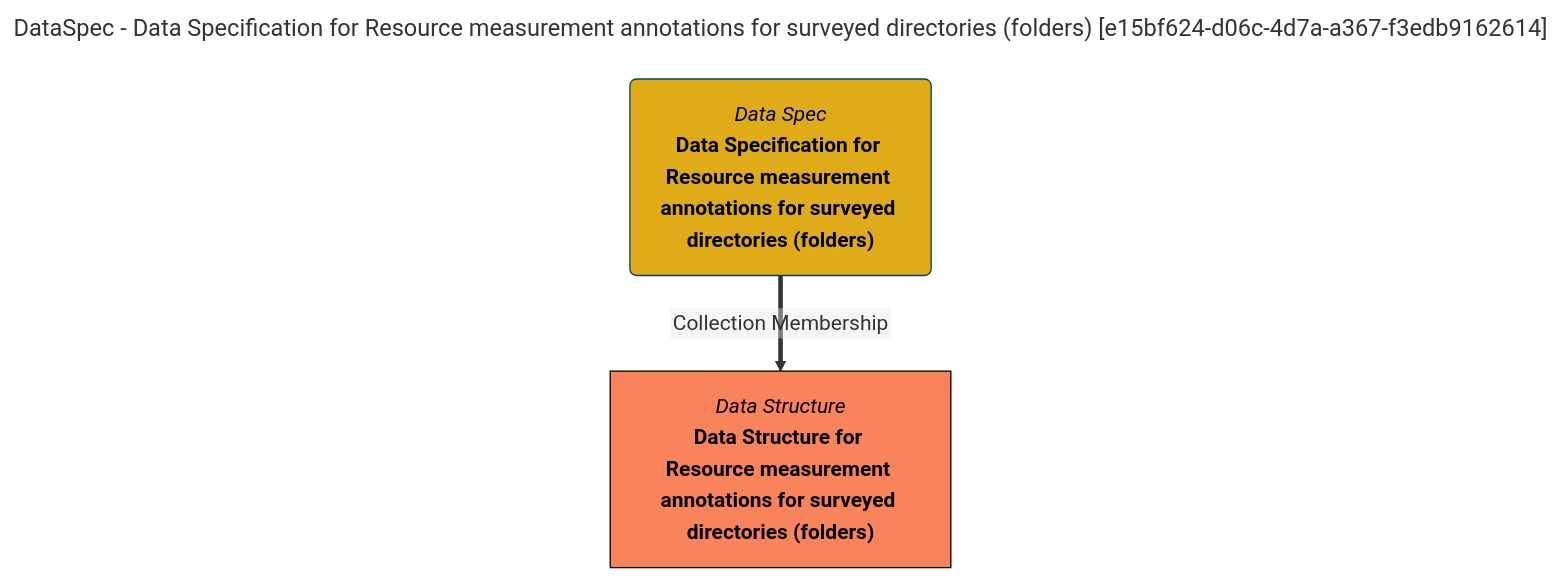
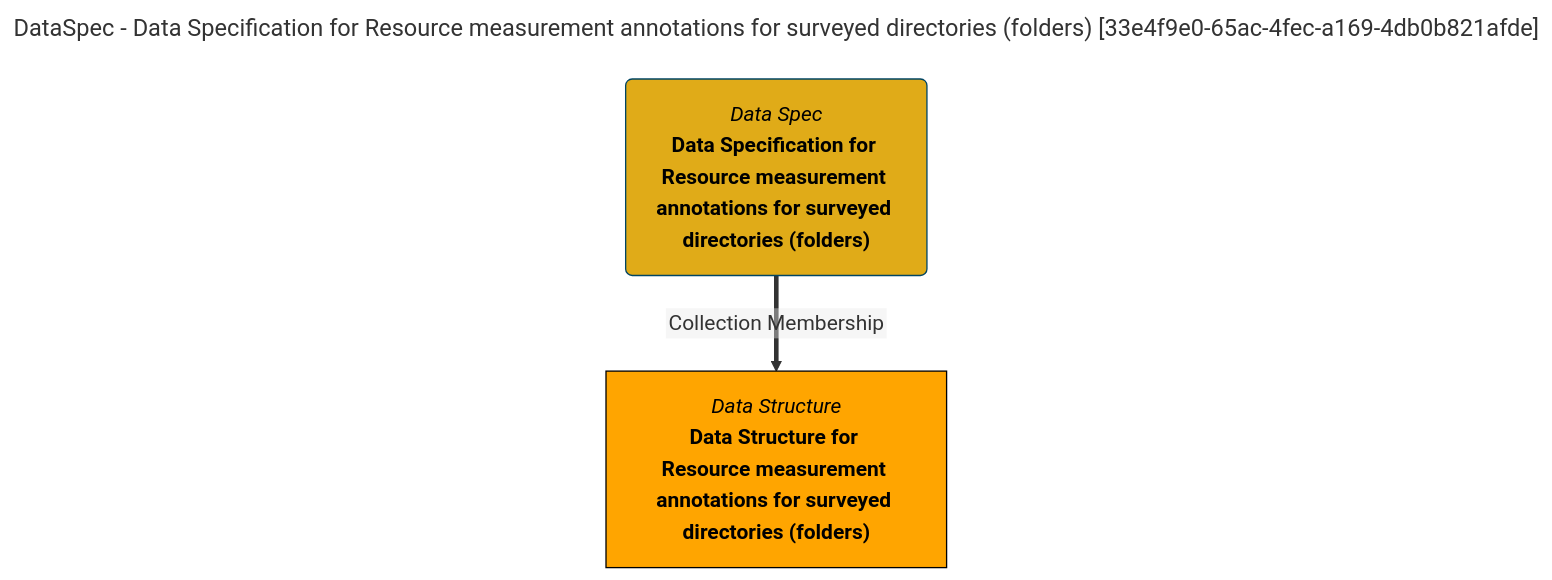
One commit to odpi/egeria-docs changed the diagram in site/snippets/collections/data-specs/data-specification-for-resource-measurement-annotations-for-surveyed-directories-(folders)-mermaid-graph.md. Above: the diagram before and after it, drawn with Mermaid. The commit also changed 2201 other files, not shown here.

````diff
--- a/site/snippets/collections/data-specs/data-specification-for-resource-measurement-annotations-for-surveyed-directories-(folders)-mermaid-graph.md
+++ b/site/snippets/collections/data-specs/data-specification-for-resource-measurement-annotations-for-surveyed-directories-(folders)-mermaid-graph.md
@@ -1,15 +1,15 @@
 ```mermaid
 ---
-title: DataSpec - Data Specification for Resource measurement annotations for surveyed directories (folders) [e15bf624-d06c-4d7a-a367-f3edb9162614]
+title: DataSpec - Data Specification for Resource measurement annotations for surveyed directories (folders) [33e4f9e0-65ac-4fec-a169-4db0b821afde]
 ---
 flowchart TD
 %%{init: {"flowchart": {"htmlLabels": false}} }%%
 
 1@{ shape: rounded, label: "*Data Spec*
 **Data Specification for Resource measurement annotations for surveyed directories (folders)**"}
 2@{ shape: rect, label: "*Data Structure*
 **Data Structure for Resource measurement annotations for surveyed directories (folders)**"}
 1==>|"Collection Membership"|2
 style 1 color:#000000, fill:#e0ab18, stroke:#004563
-style 2 color:#000000, fill:#f9845b, stroke:#000000
+style 2 color:#000000, fill:#FFA500, stroke:#000000
 ```
````
